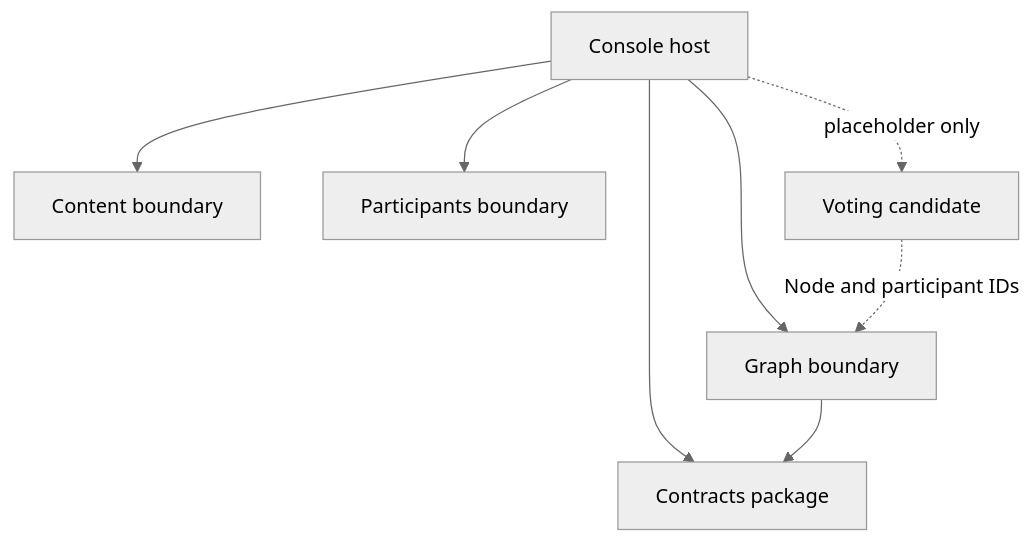
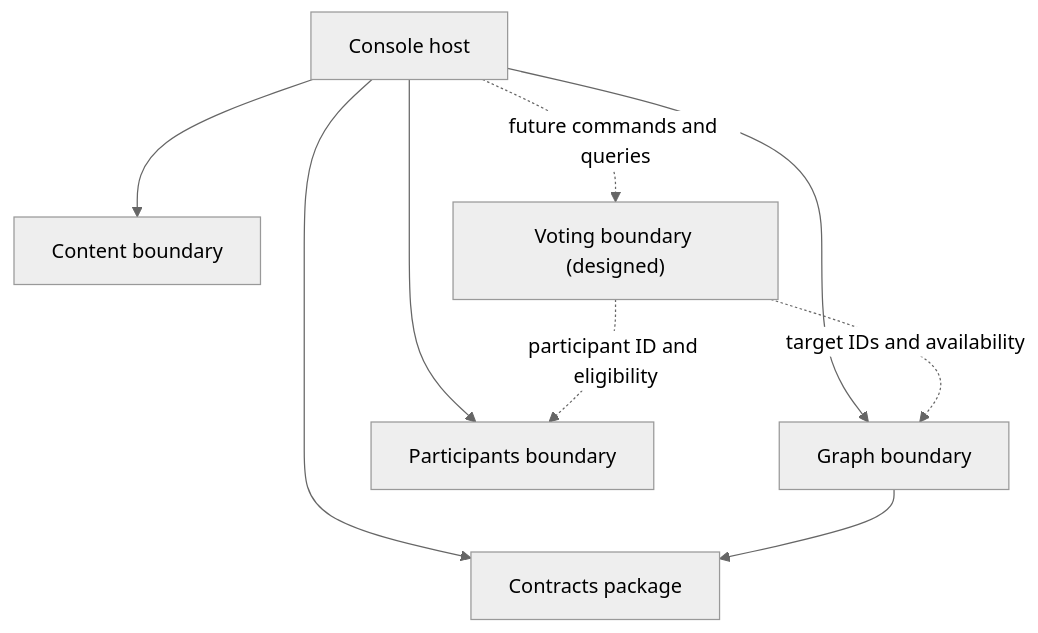
Before and after one commit to williamowen65/atlas-the-public-think-tank: the first of 2 diagrams in docs/architecture/CONTEXT-MAP.md, drawn with Mermaid (neutral theme). The commit also changed other lines of this file, not shown here.

Commit message:
PTT-76 map Voting ownership and integrations

````diff
--- a/docs/architecture/CONTEXT-MAP.md
+++ b/docs/architecture/CONTEXT-MAP.md
@@ -11,17 +11,18 @@
 ```mermaid
 flowchart TD
     Console["Console host"]
     Graph["Graph boundary"]
     Content["Content boundary"]
     Participants["Participants boundary"]
     Contracts["Contracts package"]
-    Voting["Voting candidate"]
+    Voting["Voting boundary (designed)"]
 
     Console --> Graph
     Console --> Content
     Console --> Participants
     Console --> Contracts
     Graph --> Contracts
-    Console -.->|placeholder only| Voting
-    Voting -.->|Node and participant IDs| Graph
+    Console -.->|future commands and queries| Voting
+    Voting -.->|target IDs and availability| Graph
+    Voting -.->|participant ID and eligibility| Participants
 ```
````
